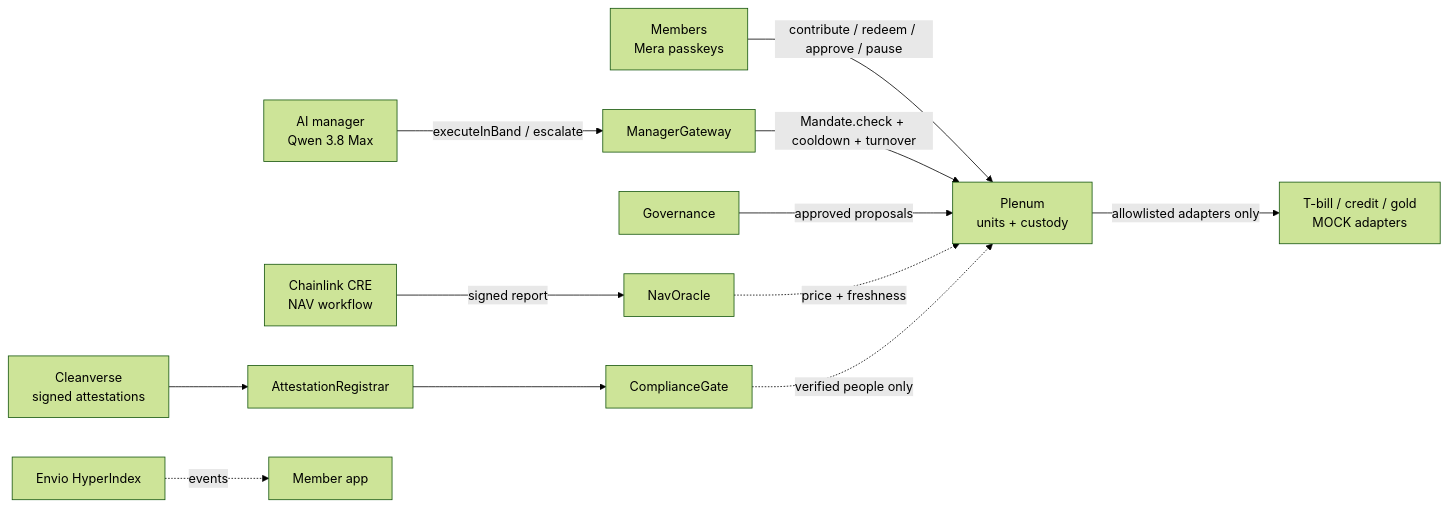
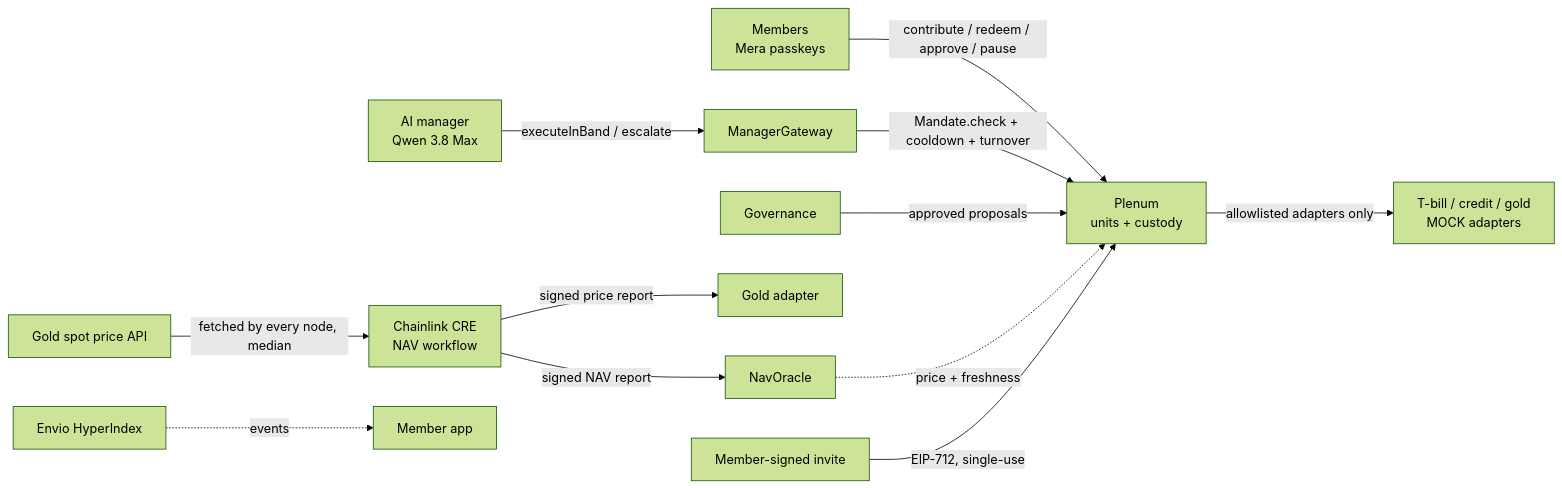
Before and after one commit to mr-abims/plenum: the diagram in README.md, drawn with Mermaid (forest theme). The commit also changed other lines of this file and 8 other files, not shown here.

````diff
--- a/README.md
+++ b/README.md
@@ -34,13 +36,14 @@
 ```mermaid
 flowchart LR
   M[Members<br/>Mera passkeys] -->|contribute / redeem / approve / pause| P
   AI[AI manager<br/>Qwen 3.8 Max] -->|executeInBand / escalate| G[ManagerGateway]
   G -->|Mandate.check + cooldown + turnover| P[Plenum<br/>units + custody]
   GOV[Governance] -->|approved proposals| P
-  CRE[Chainlink CRE<br/>NAV workflow] -->|signed report| N[NavOracle]
+  API[Gold spot price API] -->|fetched by every node, median| CRE[Chainlink CRE<br/>NAV workflow]
+  CRE -->|signed price report| GOLD[Gold adapter]
+  CRE -->|signed NAV report| N[NavOracle]
   N -.->|price + freshness| P
-  CV[Cleanverse<br/>signed attestations] --> R[AttestationRegistrar] --> C[ComplianceGate]
-  C -.->|verified people only| P
+  INV[Member-signed invite] -->|EIP-712, single-use| P
   P -->|allowlisted adapters only| A[T-bill / credit / gold<br/>MOCK adapters]
   E[Envio HyperIndex] -.->|events| UI[Member app]
 ```
````
